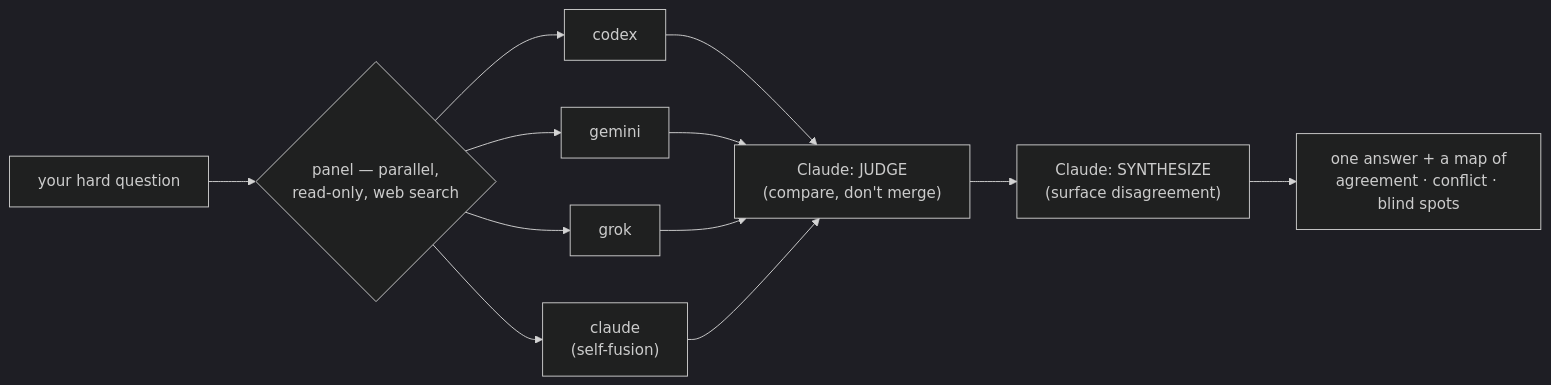
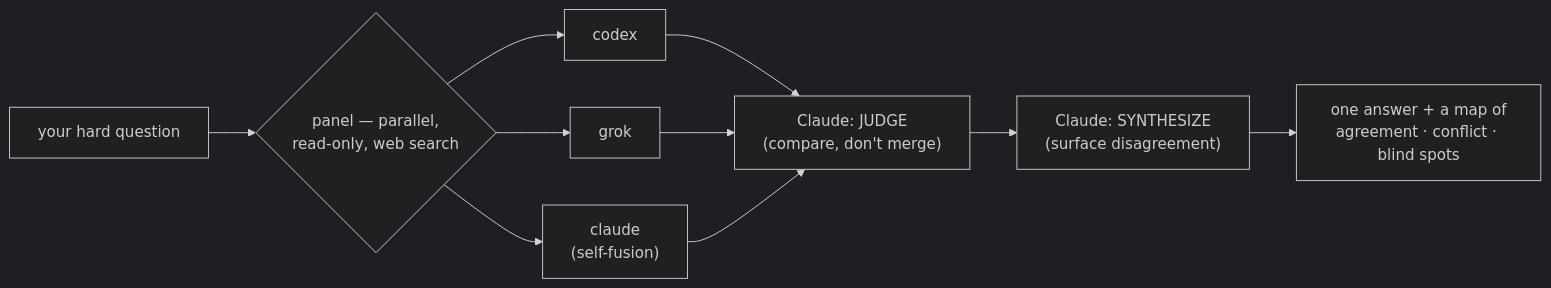
Before and after one commit to tlangridge/Alloy: the diagram in README.md, drawn with Mermaid (dark theme). The commit also changed other lines of this file and 14 other files, not shown here.

````diff
--- a/README.md
+++ b/README.md
@@ -96,14 +96,12 @@
 ```mermaid
 flowchart LR
   Q["your hard question"] --> P{"panel — parallel,<br/>read-only, web search"}
   P --> C["codex"]
-  P --> G["gemini"]
   P --> K["grok"]
   P --> CL["claude<br/>(self-fusion)"]
   C --> J["Claude: JUDGE<br/>(compare, don't merge)"]
-  G --> J
   K --> J
   CL --> J
   J --> S["Claude: SYNTHESIZE<br/>(surface disagreement)"]
   S --> A["one answer + a map of<br/>agreement · conflict · blind spots"]
 ```
````
